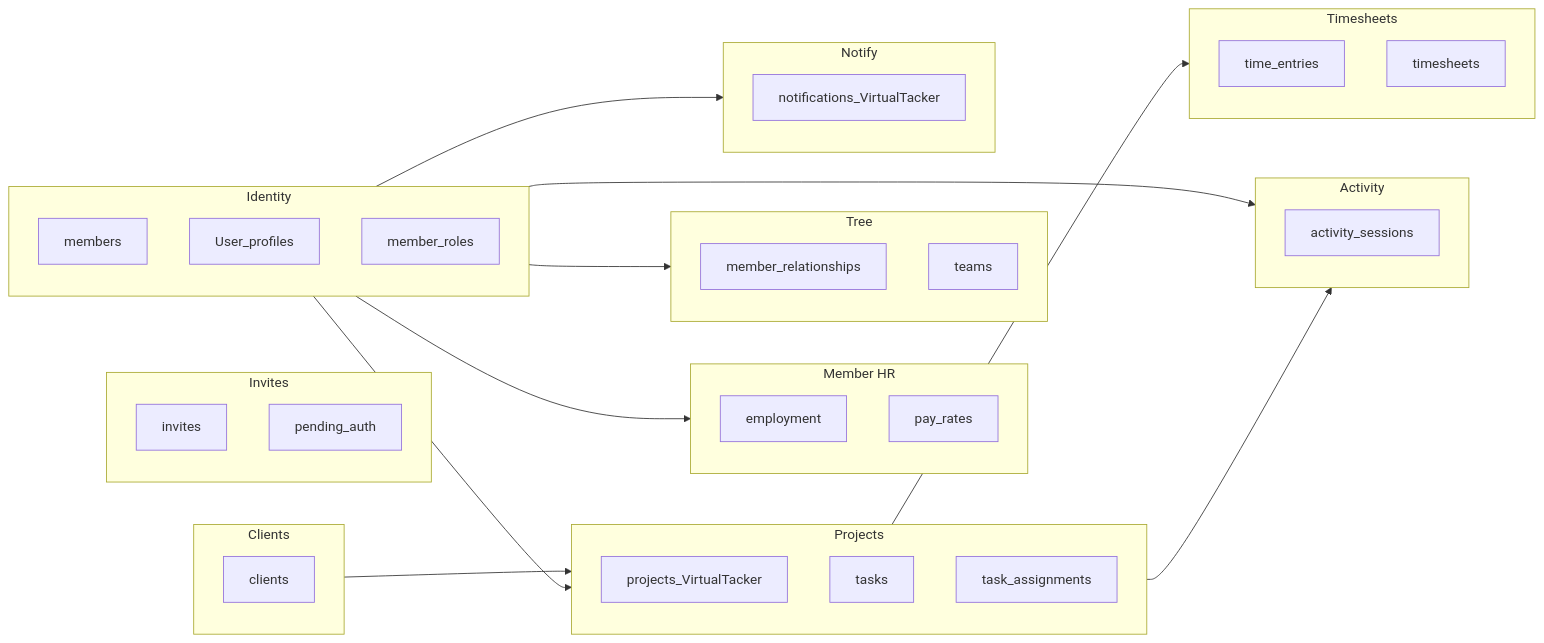
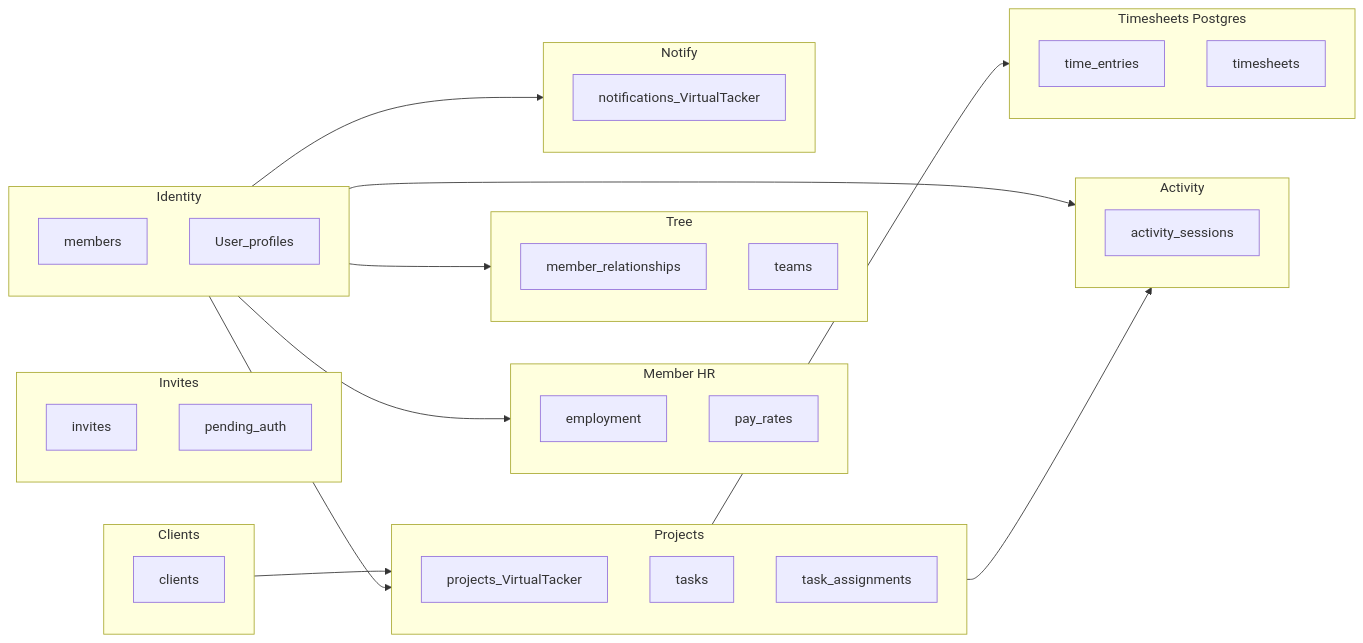
One commit to Mohammed-HeshamMohammed/Virtual-Tracker changed the first of 10 diagrams in Dashboard-Backend/entity-diagram.md. Above: the diagram before and after it, drawn with Mermaid. The commit also changed other lines of this file, not shown here.

First line of the commit message:
docs(dashboard-backend): update entity-diagram for Postgres lookups and current routes

````diff
--- a/Dashboard-Backend/entity-diagram.md
+++ b/Dashboard-Backend/entity-diagram.md
@@ -67,46 +100,45 @@
 ```mermaid
 flowchart LR
   subgraph d1 [Identity]
     members
     User_profiles
-    member_roles
   end
   subgraph d2 [Invites]
     invites
     pending_auth
   end
   subgraph d3 [Member HR]
     employment
     pay_rates
   end
   subgraph d4 [Tree]
     member_relationships
     teams
   end
   subgraph d5 [Clients]
     clients
   end
   subgraph d6 [Projects]
     projects_VirtualTacker
     tasks
     task_assignments
   end
   subgraph d7 [Activity]
     activity_sessions
   end
-  subgraph d8 [Timesheets]
+  subgraph d8 [Timesheets Postgres]
     time_entries
     timesheets
   end
   subgraph d9 [Notify]
     notifications_VirtualTacker
   end
   d1 --> d3
   d1 --> d4
   d1 --> d6
   d5 --> d6
   d6 --> d7
   d6 --> d8
   d1 --> d7
   d1 --> d9
 ```
````
